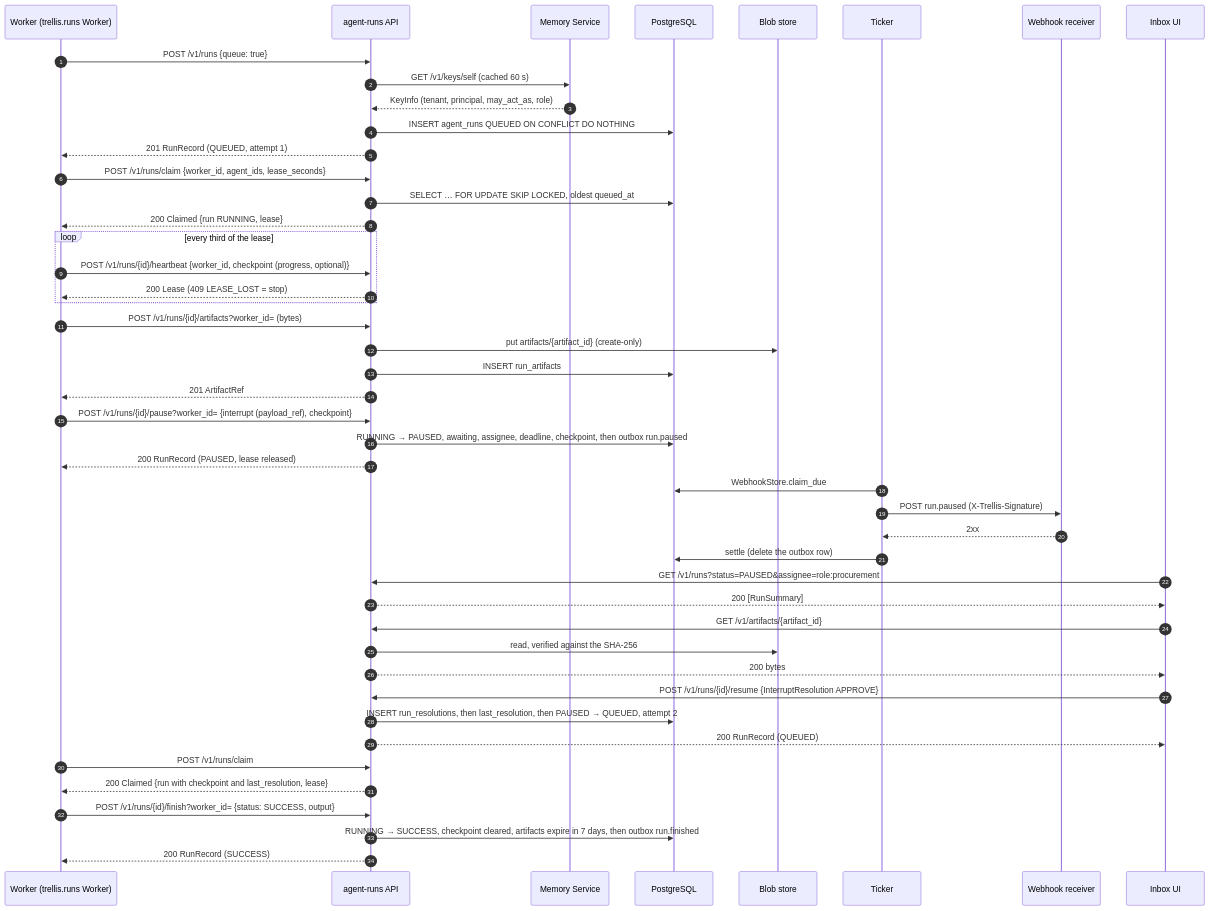
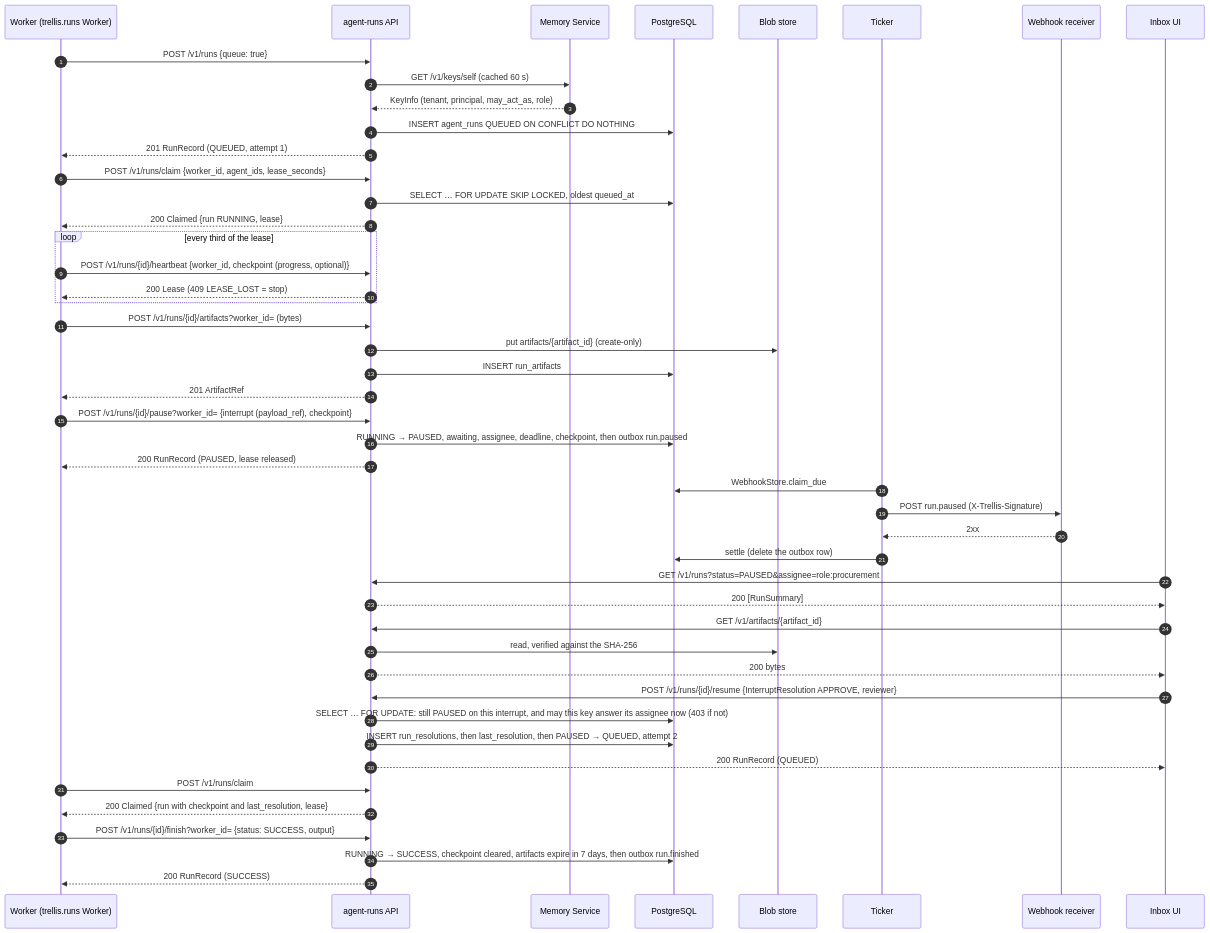
The third of 5 diagrams in docs/ARCHITECTURE.md (amitmohapatra/agent-runs), drawn with Mermaid before and after one commit. The commit also changed other lines of this file and 15 other files, not shown here.

First line of the commit message:
Resume: only a key that may answer for the run's assignee answers it

````diff
--- a/docs/ARCHITECTURE.md
+++ b/docs/ARCHITECTURE.md
@@ -163,54 +164,55 @@
 ```mermaid
 sequenceDiagram
   autonumber
   participant W as Worker (trellis.runs Worker)
   participant A as agent-runs API
   participant M as Memory Service
   participant DB as PostgreSQL
   participant B as Blob store
   participant T as Ticker
   participant R as Webhook receiver
   participant U as Inbox UI
 
   W->>A: POST /v1/runs {queue: true}
   A->>M: GET /v1/keys/self (cached 60 s)
   M-->>A: KeyInfo (tenant, principal, may_act_as, role)
   A->>DB: INSERT agent_runs QUEUED ON CONFLICT DO NOTHING
   A-->>W: 201 RunRecord (QUEUED, attempt 1)
 
   W->>A: POST /v1/runs/claim {worker_id, agent_ids, lease_seconds}
   A->>DB: SELECT … FOR UPDATE SKIP LOCKED, oldest queued_at
   A-->>W: 200 Claimed {run RUNNING, lease}
   loop every third of the lease
     W->>A: POST /v1/runs/{id}/heartbeat {worker_id, checkpoint (progress, optional)}
     A-->>W: 200 Lease (409 LEASE_LOST = stop)
   end
 
   W->>A: POST /v1/runs/{id}/artifacts?worker_id= (bytes)
   A->>B: put artifacts/{artifact_id} (create-only)
   A->>DB: INSERT run_artifacts
   A-->>W: 201 ArtifactRef
   W->>A: POST /v1/runs/{id}/pause?worker_id= {interrupt (payload_ref), checkpoint}
   A->>DB: RUNNING → PAUSED, awaiting, assignee, deadline, checkpoint, then outbox run.paused
   A-->>W: 200 RunRecord (PAUSED, lease released)
 
   T->>DB: WebhookStore.claim_due
   T->>R: POST run.paused (X-Trellis-Signature)
   R-->>T: 2xx
   T->>DB: settle (delete the outbox row)
 
   U->>A: GET /v1/runs?status=PAUSED&assignee=role:procurement
   A-->>U: 200 [RunSummary]
   U->>A: GET /v1/artifacts/{artifact_id}
   A->>B: read, verified against the SHA-256
   A-->>U: 200 bytes
-  U->>A: POST /v1/runs/{id}/resume {InterruptResolution APPROVE}
+  U->>A: POST /v1/runs/{id}/resume {InterruptResolution APPROVE, reviewer}
+  A->>DB: SELECT … FOR UPDATE: still PAUSED on this interrupt, and may this key answer its assignee now (403 if not)
   A->>DB: INSERT run_resolutions, then last_resolution, then PAUSED → QUEUED, attempt 2
   A-->>U: 200 RunRecord (QUEUED)
 
   W->>A: POST /v1/runs/claim
   A-->>W: 200 Claimed {run with checkpoint and last_resolution, lease}
   W->>A: POST /v1/runs/{id}/finish?worker_id= {status: SUCCESS, output}
   A->>DB: RUNNING → SUCCESS, checkpoint cleared, artifacts expire in 7 days, then outbox run.finished
   A-->>W: 200 RunRecord (SUCCESS)
 ```
````
